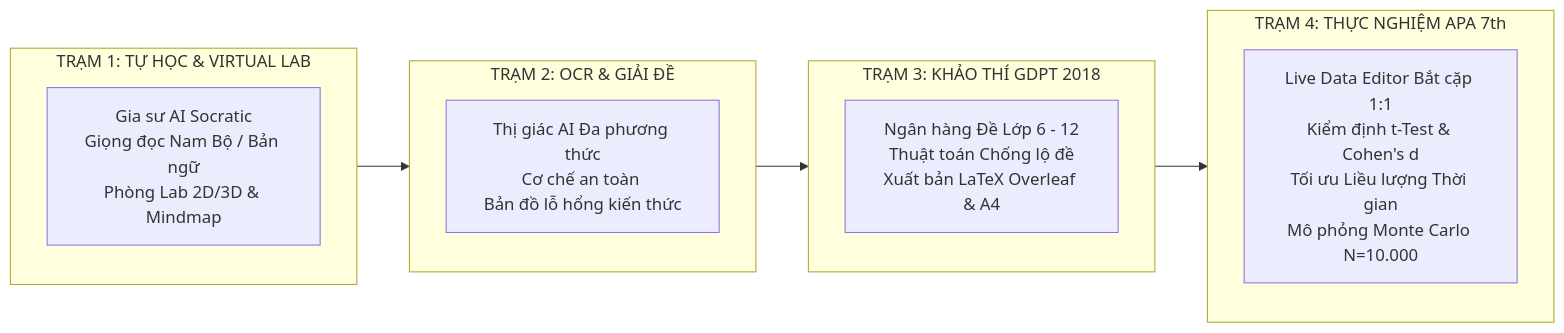
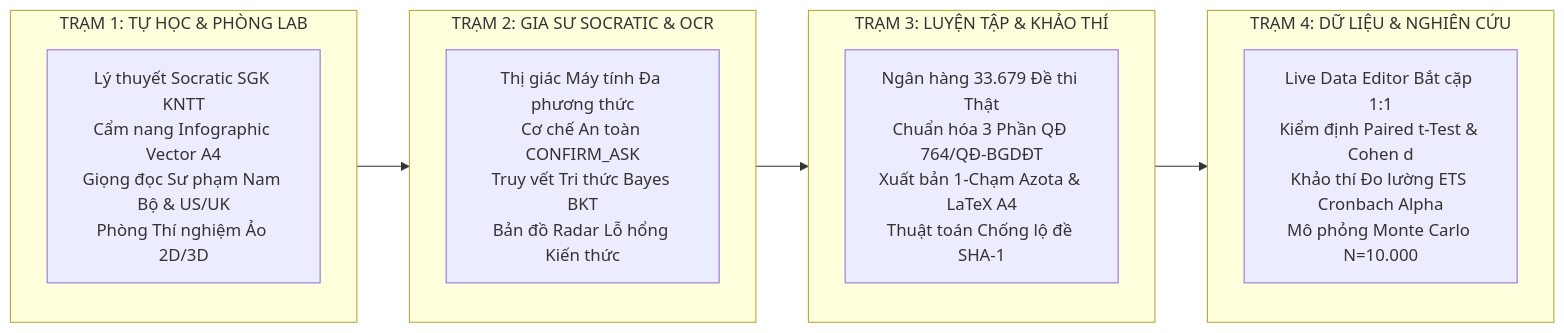
The diagram in README.md (pmtgiaitichk15khkt01-cmd/DEMO_GSAI_THPTTH2026), drawn with Mermaid before and after one commit. The commit also changed other lines of this file and 14 other files, not shown here.

Commit message:
fix: sửa chấm điểm, dữ liệu, bổ sung điều phối Gemini và kiểm thử 4 trạm GSAI

````diff
--- a/README.md
+++ b/README.md
@@ -59,16 +48,16 @@
 ```mermaid
 flowchart LR
-    subgraph S1 ["TRẠM 1: TỰ HỌC & VIRTUAL LAB"]
-        T1["Gia sư AI Socratic<br/>Giọng đọc Nam Bộ / Bản ngữ<br/>Phòng Lab 2D/3D & Mindmap"]
+    subgraph S1 ["TRẠM 1: TỰ HỌC & PHÒNG LAB"]
+        T1["Lý thuyết Socratic SGK KNTT<br/>Cẩm nang Infographic Vector A4<br/>Giọng đọc Sư phạm Nam Bộ & US/UK<br/>Phòng Thí nghiệm Ảo 2D/3D"]
     end
-    subgraph S2 ["TRẠM 2: OCR & GIẢI ĐỀ"]
-        T2["Thị giác AI Đa phương thức<br/>Cơ chế an toàn <CONFIRM_ASK><br/>Bản đồ lỗ hổng kiến thức"]
+    subgraph S2 ["TRẠM 2: GIA SƯ SOCRATIC & OCR"]
+        T2["Thị giác Máy tính Đa phương thức<br/>Cơ chế An toàn CONFIRM_ASK<br/>Truy vết Tri thức Bayes BKT<br/>Bản đồ Radar Lỗ hổng Kiến thức"]
     end
-    subgraph S3 ["TRẠM 3: KHẢO THÍ GDPT 2018"]
-        T3["Ngân hàng Đề Lớp 6 - 12<br/>Thuật toán Chống lộ đề<br/>Xuất bản LaTeX Overleaf & A4"]
+    subgraph S3 ["TRẠM 3: LUYỆN TẬP & KHẢO THÍ"]
+        T3["Ngân hàng 33.679 Đề thi Thật<br/>Chuẩn hóa 3 Phần QĐ 764/QĐ-BGDĐT<br/>Xuất bản 1-Chạm Azota & LaTeX A4<br/>Thuật toán Chống lộ đề SHA-1"]
     end
-    subgraph S4 ["TRẠM 4: THỰC NGHIỆM APA 7th"]
-        T4["Live Data Editor Bắt cặp 1:1<br/>Kiểm định t-Test & Cohen's d<br/>Tối ưu Liều lượng Thời gian<br/>Mô phỏng Monte Carlo N=10.000"]
+    subgraph S4 ["TRẠM 4: DỮ LIỆU & NGHIÊN CỨU"]
+        T4["Live Data Editor Bắt cặp 1:1<br/>Kiểm định Paired t-Test & Cohen d<br/>Khảo thí Đo lường ETS Cronbach Alpha<br/>Mô phỏng Monte Carlo N=10.000"]
     end
     S1 --> S2 --> S3 --> S4
 ```
````
